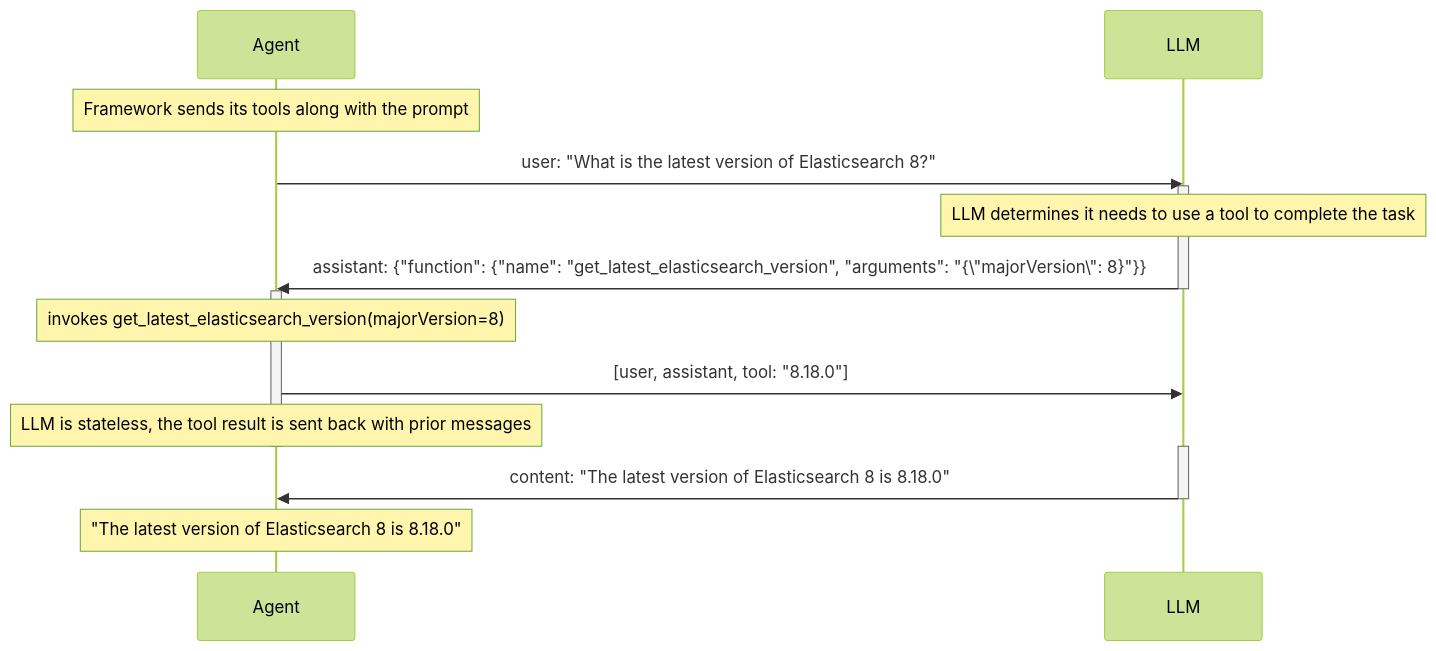
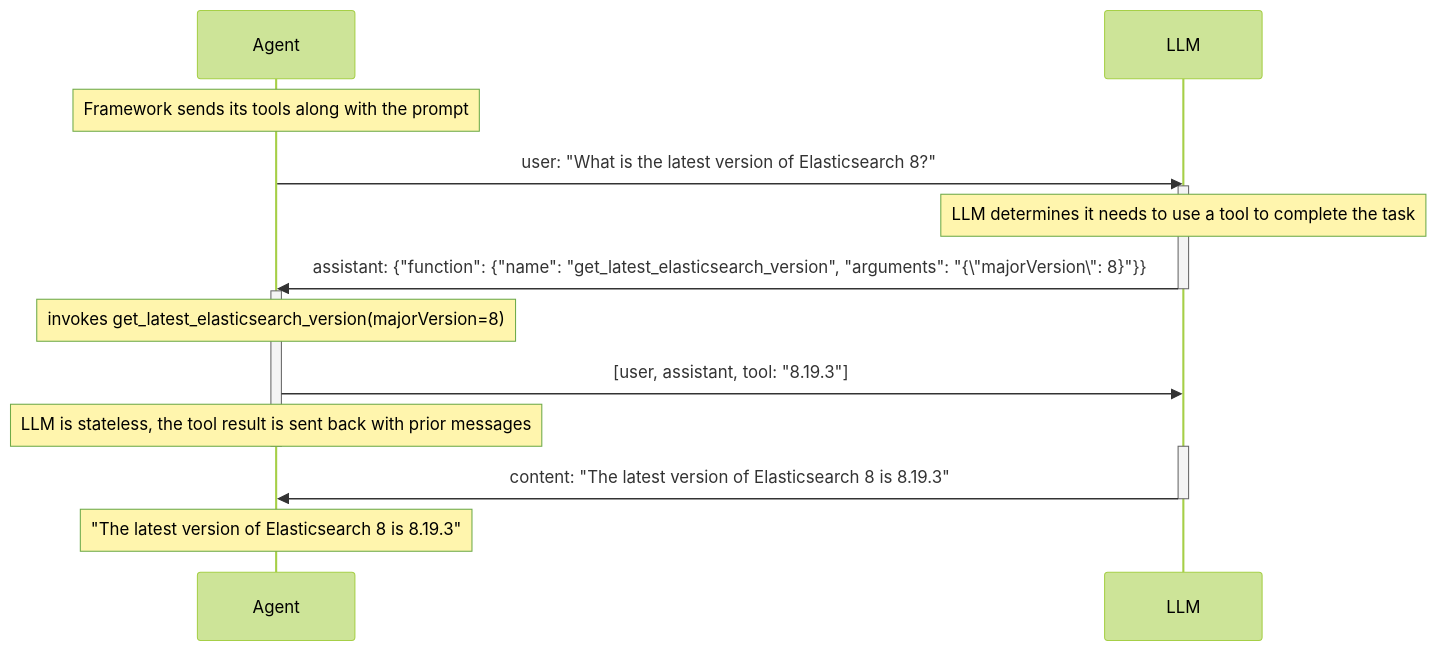
Before and after one commit to elastic/observability-examples: the first of 2 diagrams in genai-function-calling/README.md, drawn with Mermaid (forest theme). The commit also changed other lines of this file and 10 other files, not shown here.

````diff
--- a/genai-function-calling/README.md
+++ b/genai-function-calling/README.md
@@ -33,24 +33,24 @@
 ```mermaid
 sequenceDiagram
     participant Agent
     participant LLM
 
     Note over Agent: Framework sends its tools along with the prompt
     Agent ->> LLM: user: "What is the latest version of Elasticsearch 8?"
     activate LLM
     Note over LLM: LLM determines it needs to use a tool to complete the task
 
     LLM ->> Agent: assistant: {"function": {"name": "get_latest_elasticsearch_version", "arguments": "{\"majorVersion\": 8}"}}
     deactivate LLM
     activate Agent
     Note over Agent: invokes get_latest_elasticsearch_version(majorVersion=8)
 
-    Agent ->> LLM: [user, assistant, tool: "8.18.0"]
+    Agent ->> LLM: [user, assistant, tool: "8.19.3"]
     Note over Agent: LLM is stateless, the tool result is sent back with prior messages
     deactivate Agent
     activate LLM
 
-    LLM ->> Agent: content: "The latest version of Elasticsearch 8 is 8.18.0"
+    LLM ->> Agent: content: "The latest version of Elasticsearch 8 is 8.19.3"
     deactivate LLM
-    Note over Agent: "The latest version of Elasticsearch 8 is 8.18.0"
+    Note over Agent: "The latest version of Elasticsearch 8 is 8.19.3"
 ```
````
